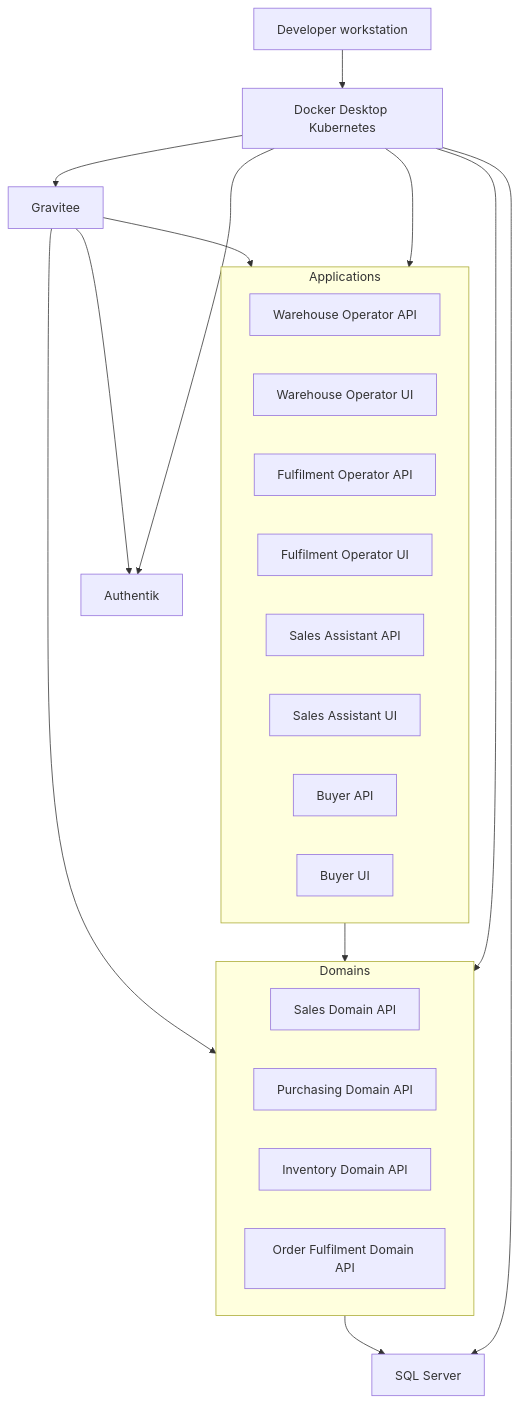
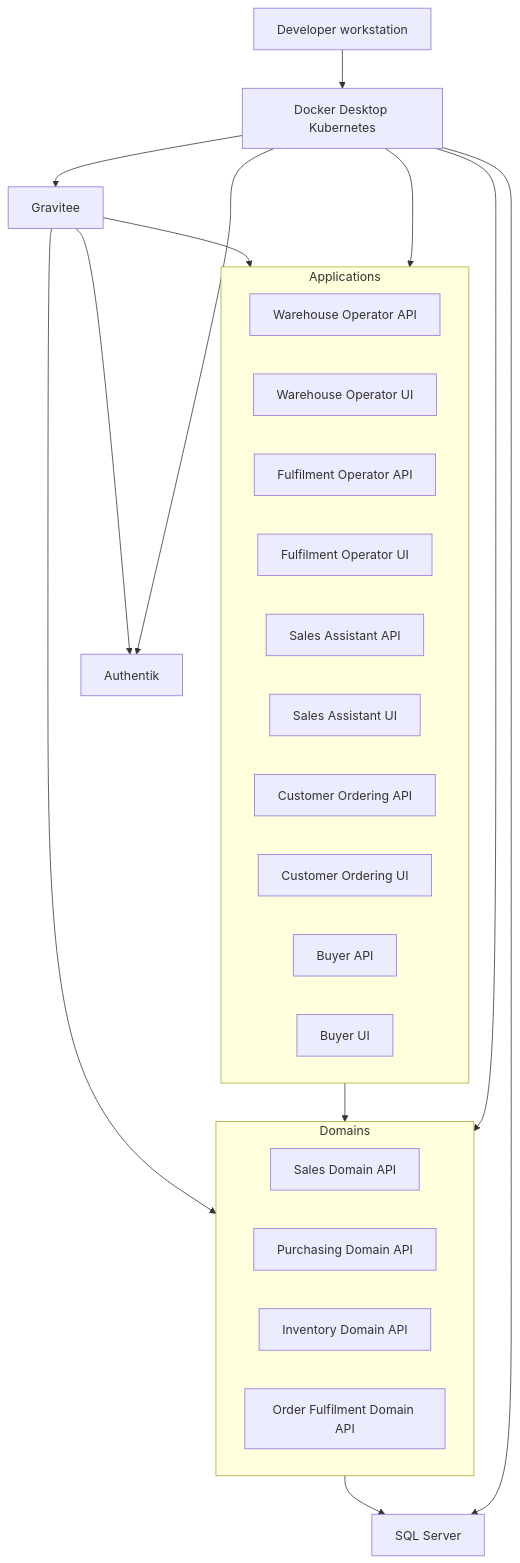
One commit to ben-cottrell/acme-erp changed the diagram in docs/architecture/local-kubernetes-runtime.md. Above: the diagram before and after it, drawn with Mermaid. The commit also changed other lines of this file and 78 other files, not shown here.

````diff
--- a/docs/architecture/local-kubernetes-runtime.md
+++ b/docs/architecture/local-kubernetes-runtime.md
@@ -25,33 +25,35 @@
 ```mermaid
 flowchart TB
     Dev[Developer workstation] --> Docker[Docker Desktop Kubernetes]
     Docker --> Gravitee[Gravitee]
     Docker --> Authentik[Authentik]
     Docker --> SqlServer[SQL Server]
     Docker --> Domains[Domain API services]
     Docker --> Applications[Application API/UI services]
     Gravitee --> Authentik
 
     subgraph Domains
         SalesApi[Sales Domain API]
         PurchasingApi[Purchasing Domain API]
         InventoryApi[Inventory Domain API]
         FulfilmentApi[Order Fulfilment Domain API]
     end
 
     subgraph Applications
         WarehouseApi[Warehouse Operator API]
         WarehouseUi[Warehouse Operator UI]
         FulfilmentOperatorApi[Fulfilment Operator API]
         FulfilmentOperatorUi[Fulfilment Operator UI]
         SalesAssistantApi[Sales Assistant API]
         SalesAssistantUi[Sales Assistant UI]
+        CustomerOrderingApi[Customer Ordering API]
+        CustomerOrderingUi[Customer Ordering UI]
         BuyerApi[Buyer API]
         BuyerUi[Buyer UI]
     end
 
     Applications --> Domains
     Domains --> SqlServer
     Gravitee --> Domains
     Gravitee --> Applications
 ```
````
